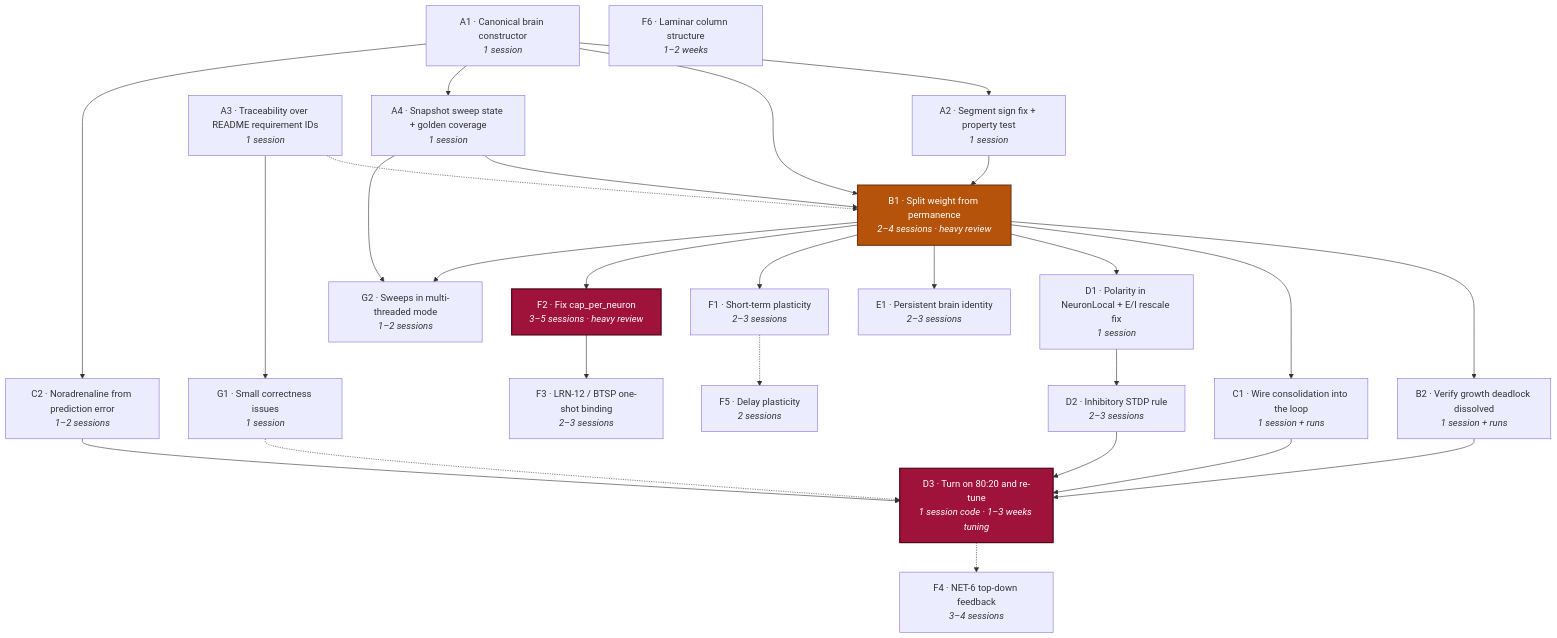
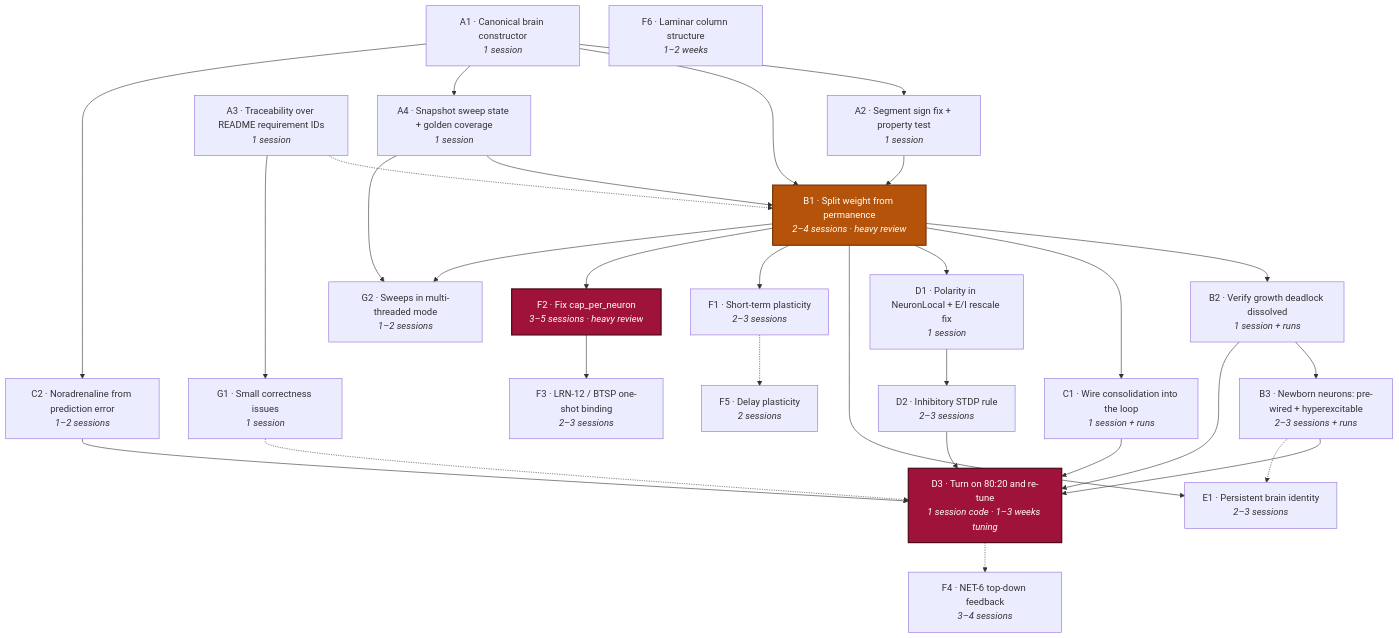
One commit to Bituhh/brain changed the diagram in PLAN.md. Above: the diagram before and after it, drawn with Mermaid. The commit also changed other lines of this file, not shown here.

````diff
--- a/PLAN.md
+++ b/PLAN.md
@@ -47,60 +47,64 @@
 ```mermaid
 graph TD
     A1["A1 · Canonical brain constructor<br/><i>1 session</i>"]
     A2["A2 · Segment sign fix + property test<br/><i>1 session</i>"]
     A3["A3 · Traceability over README requirement IDs<br/><i>1 session</i>"]
     A4["A4 · Snapshot sweep state + golden coverage<br/><i>1 session</i>"]
 
     B1["B1 · Split weight from permanence<br/><i>2–4 sessions · heavy review</i>"]
     B2["B2 · Verify growth deadlock dissolved<br/><i>1 session + runs</i>"]
+    B3["B3 · Newborn neurons: pre-wired + hyperexcitable<br/><i>2–3 sessions + runs</i>"]
 
     C1["C1 · Wire consolidation into the loop<br/><i>1 session + runs</i>"]
     C2["C2 · Noradrenaline from prediction error<br/><i>1–2 sessions</i>"]
 
     D1["D1 · Polarity in NeuronLocal + E/I rescale fix<br/><i>1 session</i>"]
     D2["D2 · Inhibitory STDP rule<br/><i>2–3 sessions</i>"]
     D3["D3 · Turn on 80:20 and re-tune<br/><i>1 session code · 1–3 weeks tuning</i>"]
 
     E1["E1 · Persistent brain identity<br/><i>2–3 sessions</i>"]
 
     F1["F1 · Short-term plasticity<br/><i>2–3 sessions</i>"]
     F2["F2 · Fix cap_per_neuron<br/><i>3–5 sessions · heavy review</i>"]
     F3["F3 · LRN-12 / BTSP one-shot binding<br/><i>2–3 sessions</i>"]
     F4["F4 · NET-6 top-down feedback<br/><i>3–4 sessions</i>"]
     F5["F5 · Delay plasticity<br/><i>2 sessions</i>"]
     F6["F6 · Laminar column structure<br/><i>1–2 weeks</i>"]
 
     G1["G1 · Small correctness issues<br/><i>1 session</i>"]
     G2["G2 · Sweeps in multi-threaded mode<br/><i>1–2 sessions</i>"]
 
     A1 --> A2
     A1 --> B1
     A2 --> B1
     A3 -.-> B1
     A1 --> A4
     A4 --> B1
     B1 --> B2
+    B2 --> B3
+    B3 --> D3
+    B3 -.-> E1
     B1 --> C1
     B1 --> D1
     B1 --> E1
     B1 --> F1
     B2 --> D3
     C1 --> D3
     C2 --> D3
     A1 --> C2
     D1 --> D2
     D2 --> D3
     F2 --> F3
     B1 --> F2
     D3 -.-> F4
     F1 -.-> F5
     A3 --> G1
     G1 -.-> D3
     A4 --> G2
     B1 --> G2
 
     classDef gate fill:#b45309,stroke:#78350f,color:#fff,stroke-width:2px
     classDef risk fill:#9f1239,stroke:#4c0519,color:#fff,stroke-width:2px
     class B1 gate
     class D3,F2 risk
 ```
````
